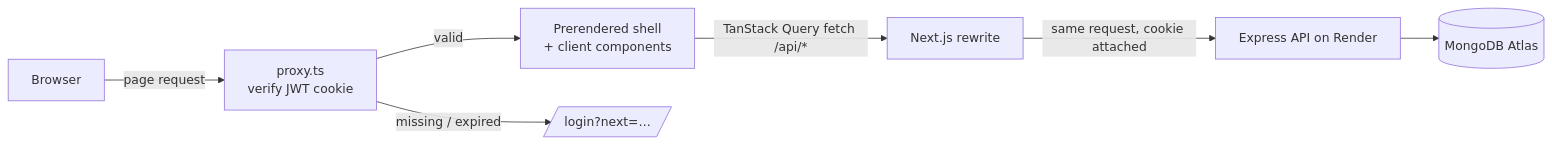
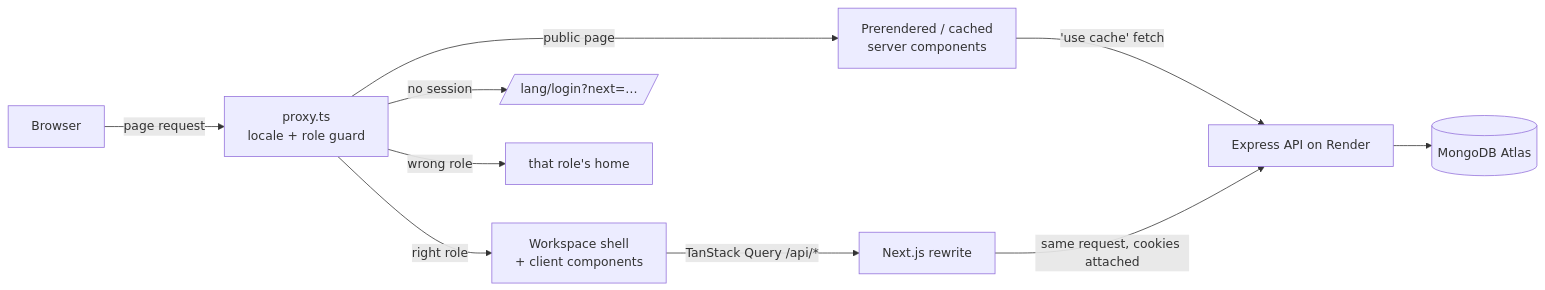
One commit to sadatnuman/doctor-tracker-frontend changed the diagram in README.md. Above: the diagram before and after it, drawn with Mermaid. The commit also changed other lines of this file and 44 other files, not shown here.

````diff
--- a/README.md
+++ b/README.md
@@ -85,9 +145,12 @@
 ```mermaid
 flowchart LR
-    B[Browser] -->|page request| P[proxy.ts<br/>verify JWT cookie]
-    P -->|valid| S[Prerendered shell<br/>+ client components]
-    P -->|missing / expired| L[/login?next=…/]
-    S -->|TanStack Query fetch /api/*| R[Next.js rewrite]
-    R -->|same request, cookie attached| A[Express API on Render]
+    B[Browser] -->|page request| P[proxy.ts<br/>locale + role guard]
+    P -->|public page| PUB[Prerendered / cached<br/>server components]
+    P -->|right role| WS[Workspace shell<br/>+ client components]
+    P -->|no session| L[/lang/login?next=…/]
+    P -->|wrong role| H[that role's home]
+    PUB -->|'use cache' fetch| A
+    WS -->|TanStack Query /api/*| R[Next.js rewrite]
+    R -->|same request, cookies attached| A[Express API on Render]
     A --> M[(MongoDB Atlas)]
 ```
````
